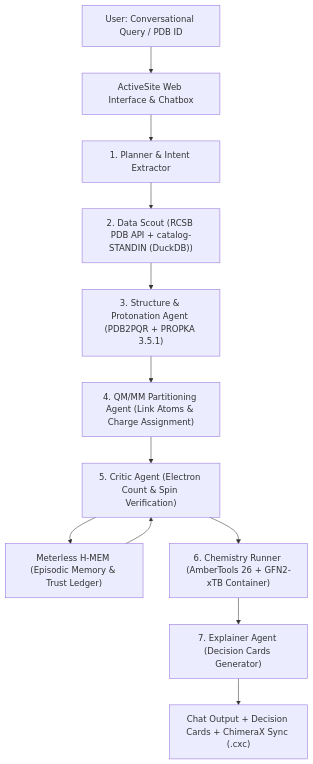
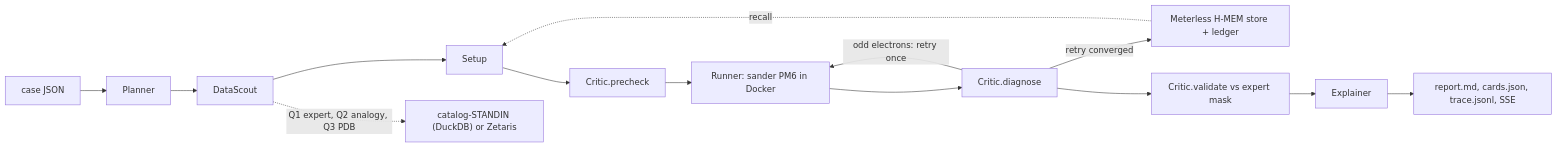
Before and after one commit to KhangLuong314/ActiveSite-QM-MM: the diagram in README.md, drawn with Mermaid. The commit also changed other lines of this file and 12 other files, not shown here.

````diff
--- a/README.md
+++ b/README.md
@@ -41,14 +47,10 @@
 ```mermaid
-flowchart TD
-    User["User: Conversational Query / PDB ID"] --> Chat["ActiveSite Web Interface & Chatbox"]
-    Chat --> Planner["1. Planner & Intent Extractor"]
-    Planner --> Scout["2. Data Scout (RCSB PDB API + catalog-STANDIN (DuckDB))"]
-    Scout --> Prep["3. Structure & Protonation Agent (PDB2PQR + PROPKA 3.5.1)"]
-    Prep --> Setup["4. QM/MM Partitioning Agent (Link Atoms & Charge Assignment)"]
-    Setup --> Critic["5. Critic Agent (Electron Count & Spin Verification)"]
-    Critic --> Memory["Meterless H-MEM (Episodic Memory & Trust Ledger)"]
-    Memory --> Critic
-    Critic --> Runner["6. Chemistry Runner (AmberTools 26 + GFN2-xTB Container)"]
-    Runner --> Explainer["7. Explainer Agent (Decision Cards Generator)"]
-    Explainer --> UI["Chat Output + Decision Cards + ChimeraX Sync (.cxc)"]
+flowchart LR
+  Case["case JSON"] --> Planner --> DataScout --> Setup
+  DataScout -. "Q1 expert, Q2 analogy, Q3 PDB" .-> Catalog["catalog-STANDIN (DuckDB) or Zetaris"]
+  Setup --> Critic1["Critic.precheck"] --> Runner["Runner: sander PM6 in Docker"] --> Critic2["Critic.diagnose"]
+  Critic2 -- "odd electrons: retry once" --> Runner
+  Critic2 -- "retry converged" --> HMEM["Meterless H-MEM store + ledger"]
+  HMEM -. "recall" .-> Setup
+  Critic2 --> Validate["Critic.validate vs expert mask"] --> Explainer --> Report["report.md, cards.json, trace.jsonl, SSE"]
 ```
````
